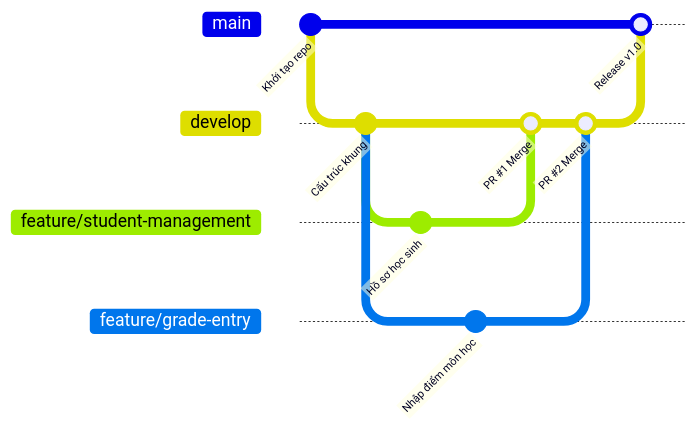
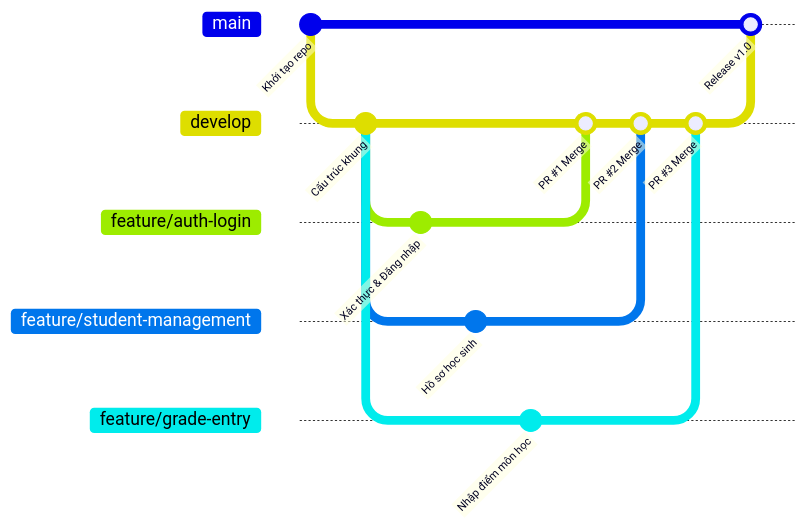
Before and after one commit to tranngocminhsang232/High-School-Student-Management-System: the diagram in README.md, drawn with Mermaid.

Commit message:
Add feature/auth-login branch to Git Flow diagram in README

````diff
--- a/README.md
+++ b/README.md
@@ -66,19 +66,24 @@
 ```mermaid
 gitGraph
    commit id: "Khởi tạo repo"
    branch develop
    checkout develop
    commit id: "Cấu trúc khung"
+   branch feature/auth-login
+   checkout feature/auth-login
+   commit id: "Xác thực & Đăng nhập"
+   checkout develop
    branch feature/student-management
    checkout feature/student-management
    commit id: "Hồ sơ học sinh"
    checkout develop
    branch feature/grade-entry
    checkout feature/grade-entry
    commit id: "Nhập điểm môn học"
    checkout develop
-   merge feature/student-management id: "PR #1 Merge"
-   merge feature/grade-entry id: "PR #2 Merge"
+   merge feature/auth-login id: "PR #1 Merge"
+   merge feature/student-management id: "PR #2 Merge"
+   merge feature/grade-entry id: "PR #3 Merge"
    checkout main
    merge develop id: "Release v1.0"
 ```
````
